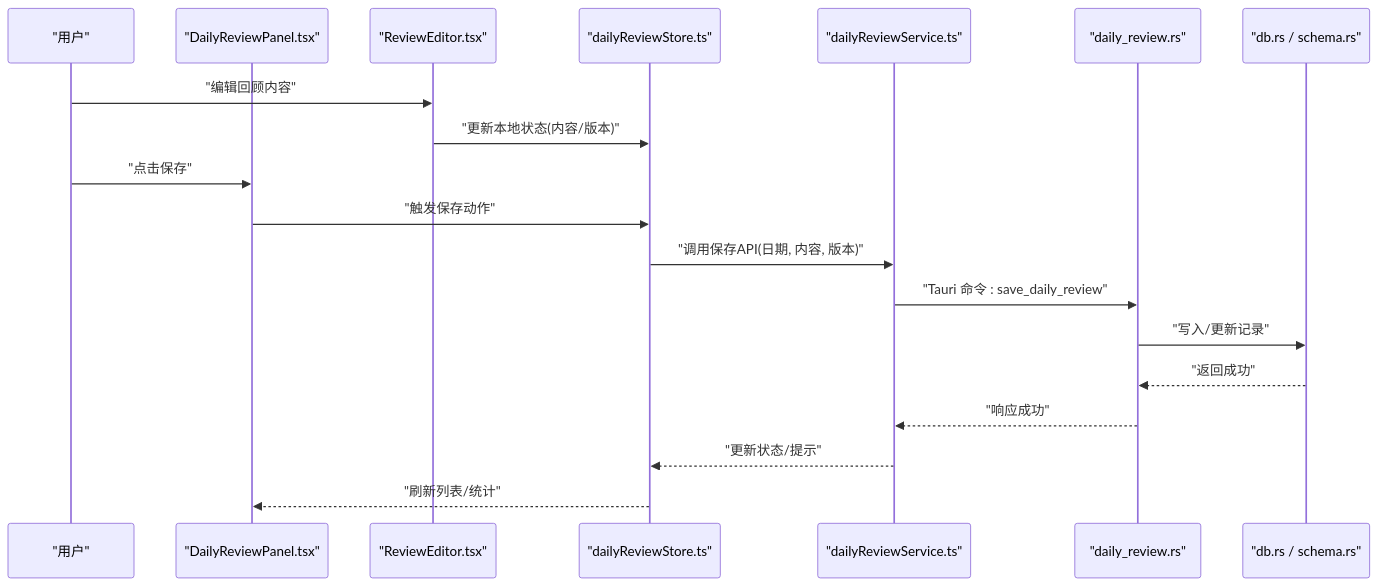
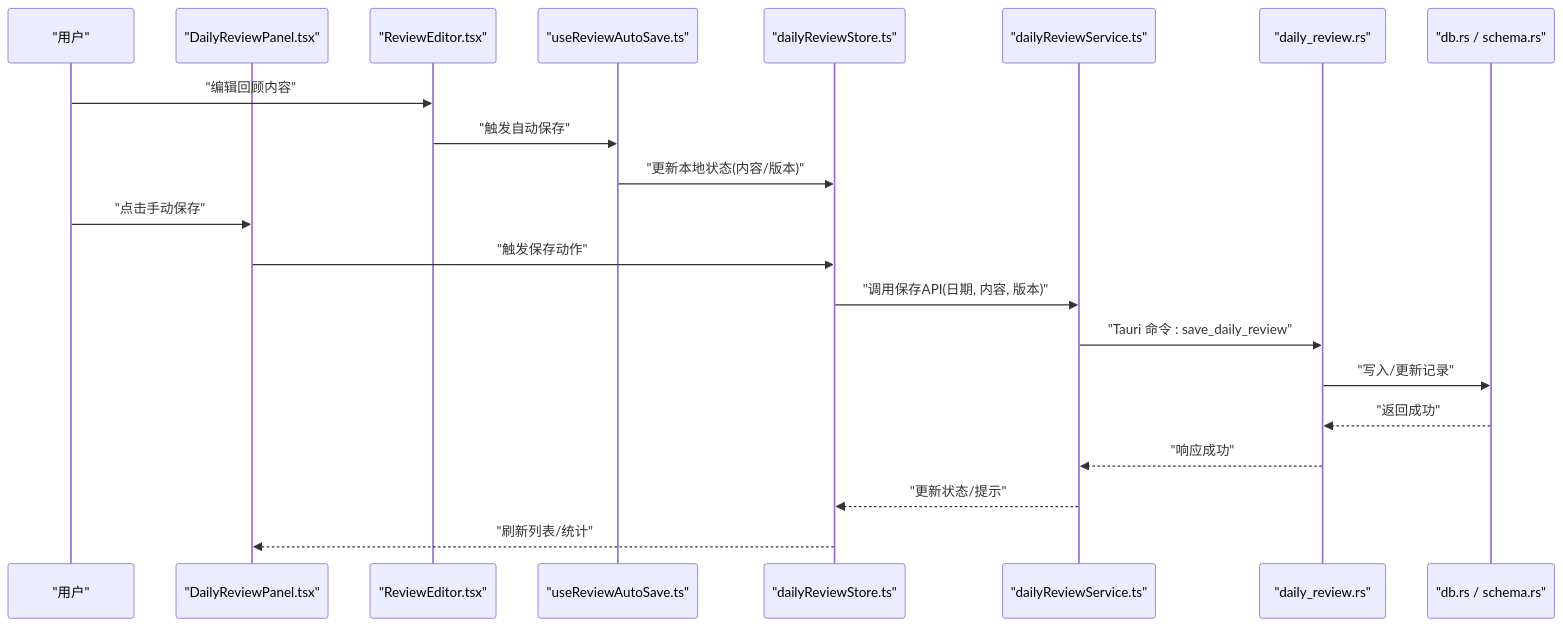
The second of 12 diagrams in .qoder/repowiki/zh/content/核心功能模块/每日回顾系统.md (gzdxhujiale/FishWorker), drawn with Mermaid before and after one commit. The commit also changed other lines of this file and 41 other files, not shown here.

````diff
--- a/.qoder/repowiki/zh/content/核心功能模块/每日回顾系统.md
+++ b/.qoder/repowiki/zh/content/核心功能模块/每日回顾系统.md
@@ -150,21 +165,23 @@
 ```mermaid
 sequenceDiagram
 participant U as "用户"
 participant P as "DailyReviewPanel.tsx"
 participant E as "ReviewEditor.tsx"
+participant A as "useReviewAutoSave.ts"
 participant S as "dailyReviewStore.ts"
 participant SV as "dailyReviewService.ts"
 participant R as "daily_review.rs"
 participant DB as "db.rs / schema.rs"
 U->>E : "编辑回顾内容"
-E->>S : "更新本地状态(内容/版本)"
-U->>P : "点击保存"
+E->>A : "触发自动保存"
+A->>S : "更新本地状态(内容/版本)"
+U->>P : "点击手动保存"
 P->>S : "触发保存动作"
 S->>SV : "调用保存API(日期, 内容, 版本)"
 SV->>R : "Tauri 命令 : save_daily_review"
 R->>DB : "写入/更新记录"
 DB-->>R : "返回成功"
 R-->>SV : "响应成功"
 SV-->>S : "更新状态/提示"
 S-->>P : "刷新列表/统计"
 ```
````
